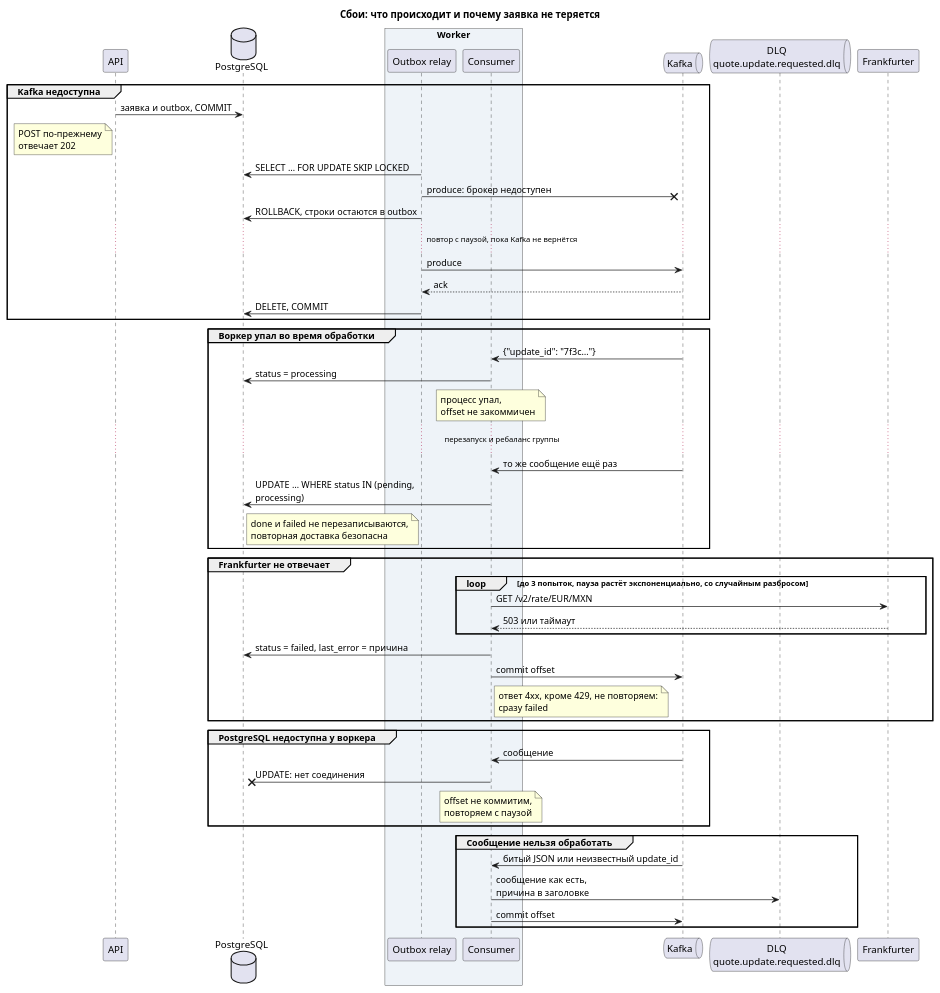
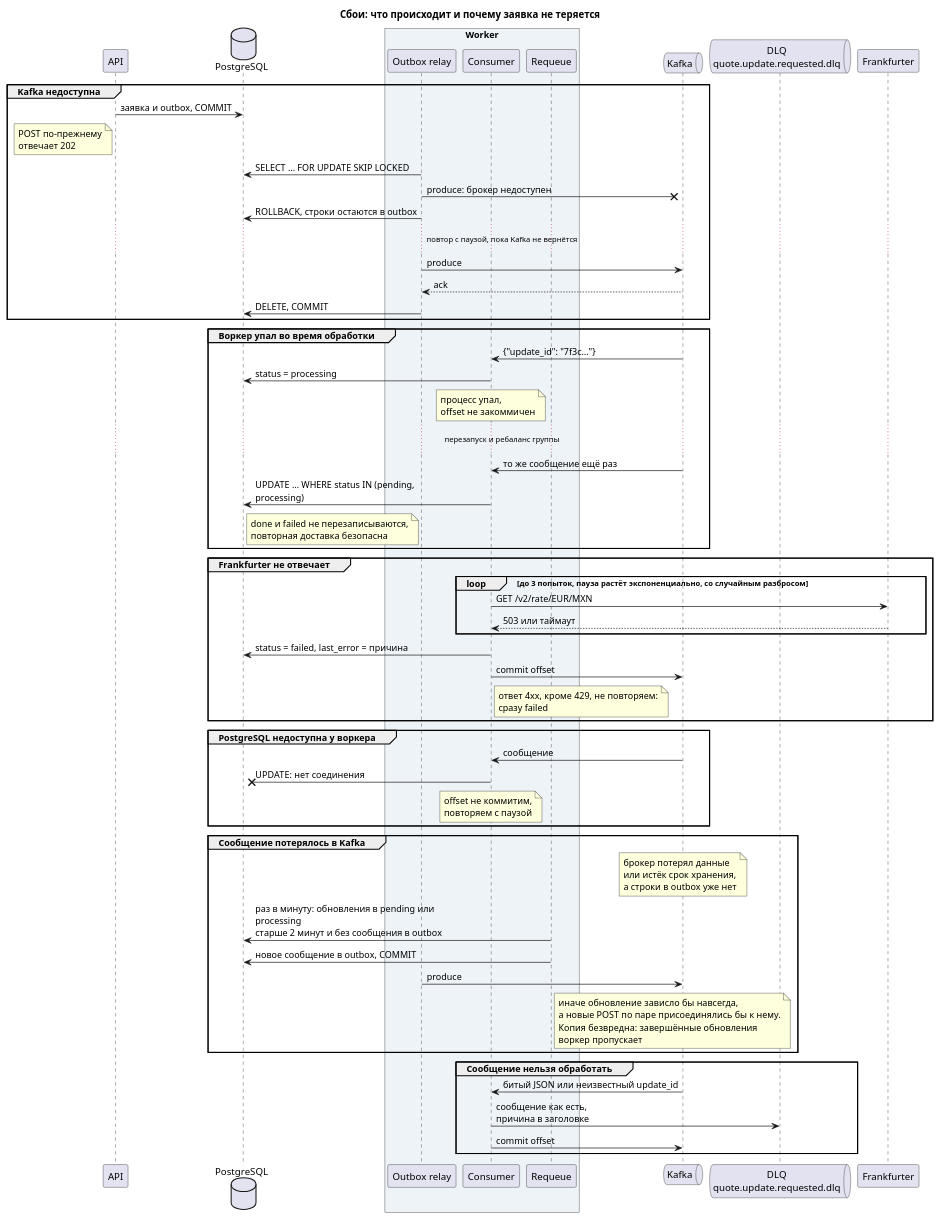
One commit to DmitryGityuk/currency-quotes changed the diagram in docs/diagrams/sequence-failures.puml. Above: the diagram before and after it, drawn with PlantUML. The commit also changed 11 other files, not shown here.

Commit message:
fix(worker): requeue updates whose Kafka message was lost (#1)

```diff
--- a/docs/diagrams/sequence-failures.puml
+++ b/docs/diagrams/sequence-failures.puml
@@ -1,61 +1,70 @@
 @startuml sequence-failures
 ' Failure scenarios and why an accepted request is never lost.
 title Сбои: что происходит и почему заявка не теряется
 skinparam responseMessageBelowArrow true
 skinparam sequenceMessageAlign left
 skinparam maxMessageSize 280
 
 participant "API" as api
 database "PostgreSQL" as db
 box "Worker" #EEF3F8
     participant "Outbox relay" as relay
     participant "Consumer" as consumer
+    participant "Requeue" as requeue
 end box
 queue "Kafka" as kafka
 queue "DLQ\nquote.update.requested.dlq" as dlq
 participant "Frankfurter" as rates
 
 group Kafka недоступна
     api -> db : заявка и outbox, COMMIT
     note left of api : POST по-прежнему\nотвечает 202
     relay -> db : SELECT … FOR UPDATE SKIP LOCKED
     relay ->x kafka : produce: брокер недоступен
     relay -> db : ROLLBACK, строки остаются в outbox
     ...повтор с паузой, пока Kafka не вернётся...
     relay -> kafka : produce
     kafka --> relay : ack
     relay -> db : DELETE, COMMIT
 end
 
 group Воркер упал во время обработки
     kafka -> consumer : {"update_id": "7f3c…"}
     consumer -> db : status = processing
     note over consumer : процесс упал,\noffset не закоммичен
     ...перезапуск и ребаланс группы...
     kafka -> consumer : то же сообщение ещё раз
     consumer -> db : UPDATE … WHERE status IN (pending, processing)
     note right of db : done и failed не перезаписываются,\nповторная доставка безопасна
 end
 
 group Frankfurter не отвечает
     loop до 3 попыток, пауза растёт экспоненциально, со случайным разбросом
         consumer -> rates : GET /v2/rate/EUR/MXN
         rates --> consumer : 503 или таймаут
     end
     consumer -> db : status = failed, last_error = причина
     consumer -> kafka : commit offset
     note right of consumer : ответ 4xx, кроме 429, не повторяем:\nсразу failed
 end
 
 group PostgreSQL недоступна у воркера
     kafka -> consumer : сообщение
     consumer ->x db : UPDATE: нет соединения
     note over consumer : offset не коммитим,\nповторяем с паузой
 end
 
+group Сообщение потерялось в Kafka
+    note over kafka : брокер потерял данные\nили истёк срок хранения,\nа строки в outbox уже нет
+    requeue -> db : раз в минуту: обновления в pending или processing\nстарше 2 минут и без сообщения в outbox
+    requeue -> db : новое сообщение в outbox, COMMIT
+    relay -> kafka : produce
+    note right of requeue : иначе обновление зависло бы навсегда,\nа новые POST по паре присоединялись бы к нему.\nКопия безвредна: завершённые обновления\nворкер пропускает
+end
+
 group Сообщение нельзя обработать
     kafka -> consumer : битый JSON или неизвестный update_id
     consumer -> dlq : сообщение как есть,\nпричина в заголовке
     consumer -> kafka : commit offset
 end
 @enduml
```
